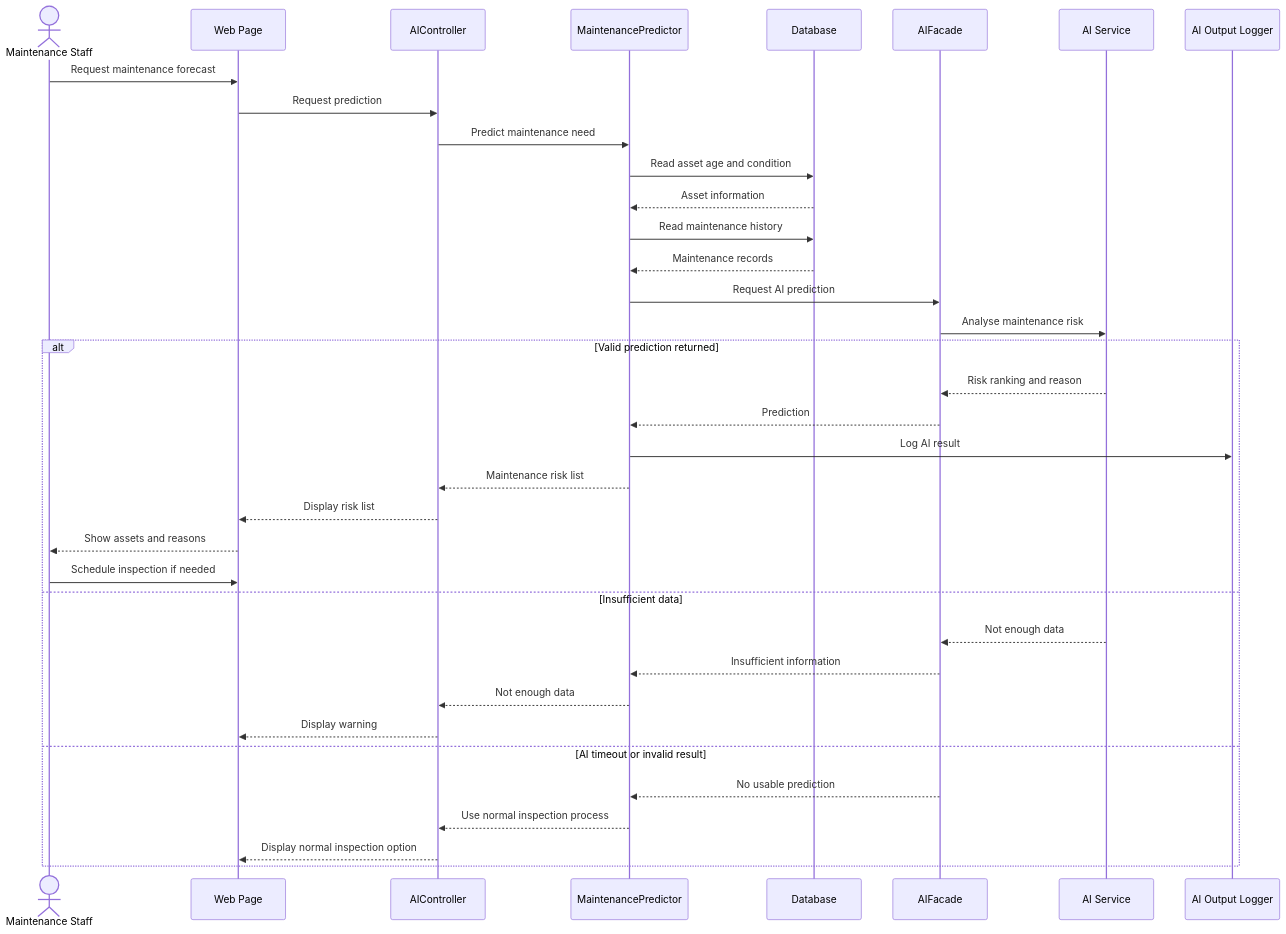
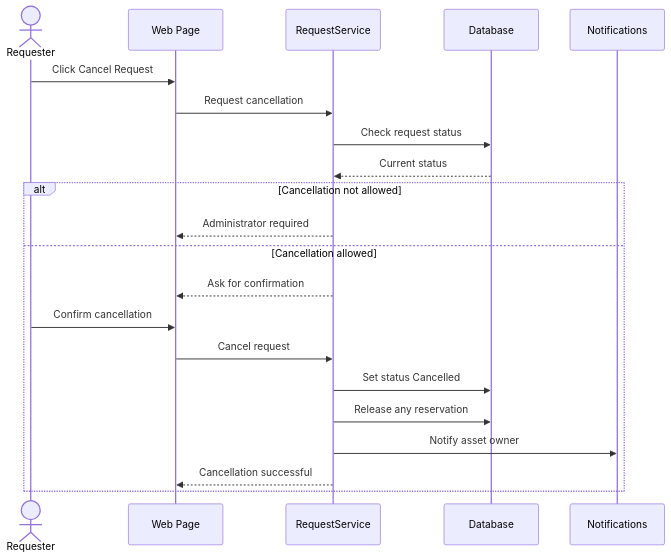
One commit to Abdulla66541/COSC336-GROUP5 changed the ninth of 12 diagrams in phase 4-5/01_part1_assets_marketplace_requests.md. Above: the diagram before and after it, drawn with Mermaid. The commit also changed other lines of this file, not shown here.

````diff
--- a/phase 4-5/01_part1_assets_marketplace_requests.md
+++ b/phase 4-5/01_part1_assets_marketplace_requests.md
@@ -497,42 +404,25 @@
 ```mermaid
 sequenceDiagram
-    actor MS as Maintenance Staff
+    actor RQ as Requester
     participant UI as Web Page
-    participant AIC as AIController
-    participant MP as MaintenancePredictor
+    participant S as RequestService
     participant DB as Database
-    participant AF as AIFacade
-    participant AI as AI Service
-    participant LOG as AI Output Logger
+    participant N as Notifications
 
-    MS->>UI: Request maintenance forecast
-    UI->>AIC: Request prediction
-    AIC->>MP: Predict maintenance need
-    MP->>DB: Read asset age and condition
-    DB-->>MP: Asset information
-    MP->>DB: Read maintenance history
-    DB-->>MP: Maintenance records
-    MP->>AF: Request AI prediction
-    AF->>AI: Analyse maintenance risk
+    RQ->>UI: Click Cancel Request
+    UI->>S: Request cancellation
+    S->>DB: Check request status
+    DB-->>S: Current status
 
-    alt Valid prediction returned
-        AI-->>AF: Risk ranking and reason
-        AF-->>MP: Prediction
-        MP->>LOG: Log AI result
-        MP-->>AIC: Maintenance risk list
-        AIC-->>UI: Display risk list
-        UI-->>MS: Show assets and reasons
-        MS->>UI: Schedule inspection if needed
-
-    else Insufficient data
-        AI-->>AF: Not enough data
-        AF-->>MP: Insufficient information
-        MP-->>AIC: Not enough data
-        AIC-->>UI: Display warning
-
-    else AI timeout or invalid result
-        AF-->>MP: No usable prediction
-        MP-->>AIC: Use normal inspection process
-        AIC-->>UI: Display normal inspection option
+    alt Cancellation not allowed
+        S-->>UI: Administrator required
+    else Cancellation allowed
+        S-->>UI: Ask for confirmation
+        RQ->>UI: Confirm cancellation
+        UI->>S: Cancel request
+        S->>DB: Set status Cancelled
+        S->>DB: Release any reservation
+        S->>N: Notify asset owner
+        S-->>UI: Cancellation successful
     end
 ```
````
